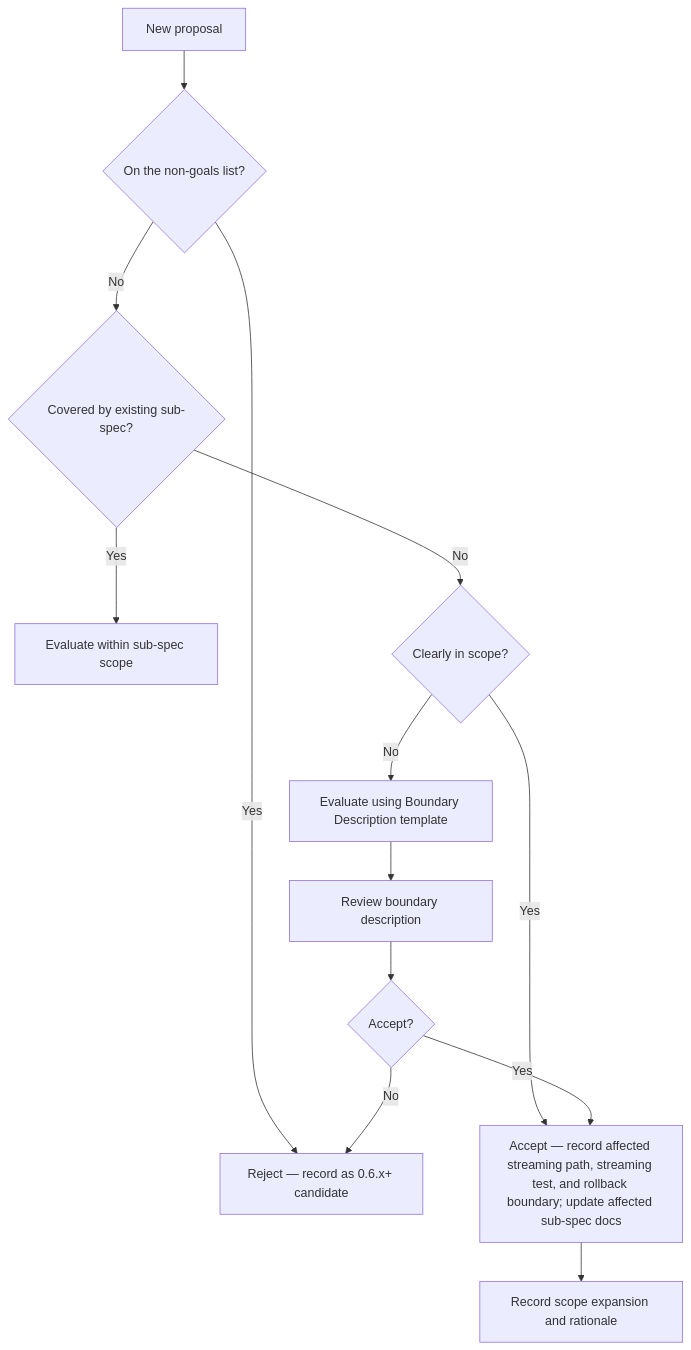
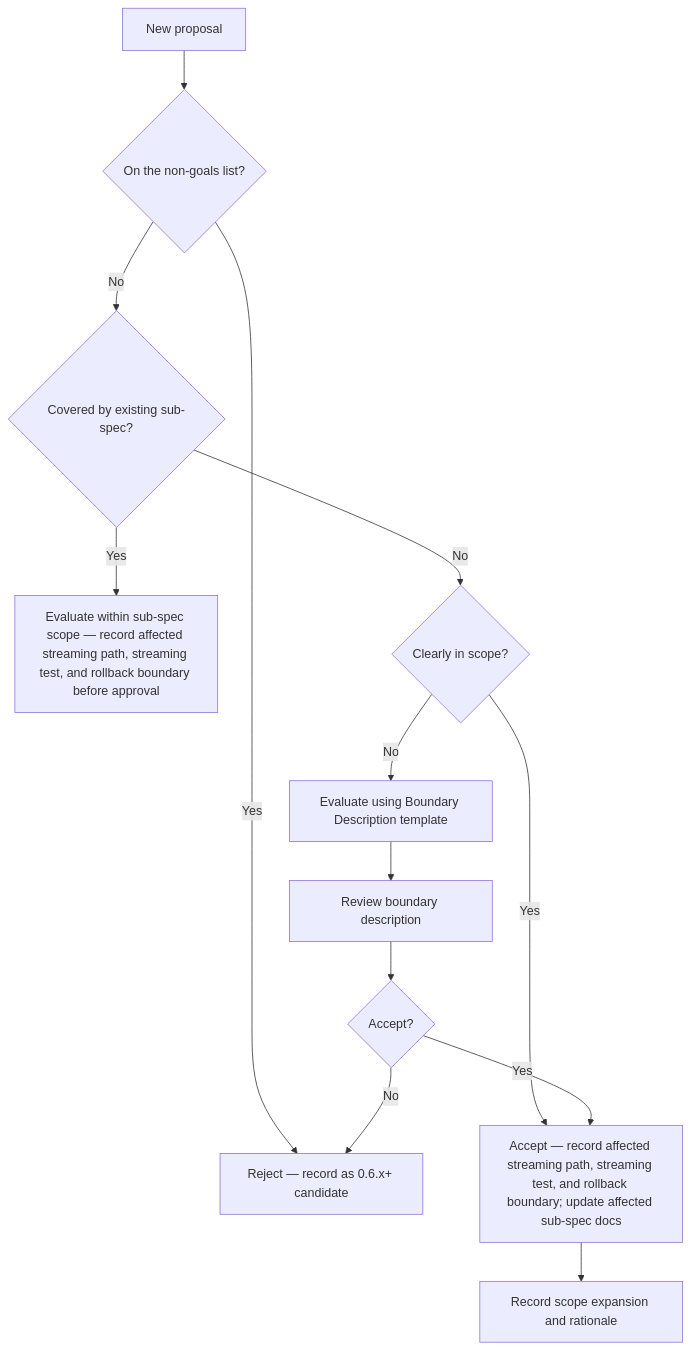
The diagram in docs/project/release-gates/scope-creep-evaluation-0-5-0.md (cnkang/nginx-markdown-for-agents), drawn with Mermaid before and after one commit. The commit also changed other lines of this file and 43 other files, not shown here.

````diff
--- a/docs/project/release-gates/scope-creep-evaluation-0-5-0.md
+++ b/docs/project/release-gates/scope-creep-evaluation-0-5-0.md
@@ -19,15 +19,15 @@
 ```mermaid
 flowchart TD
     A["New proposal"] --> B{"On the non-goals list?"}
     B -->|Yes| C["Reject — record as 0.6.x+ candidate"]
     B -->|No| D{"Covered by existing sub-spec?"}
-    D -->|Yes| E["Evaluate within sub-spec scope"]
+    D -->|Yes| E["Evaluate within sub-spec scope — record affected streaming path, streaming test, and rollback boundary before approval"]
     D -->|No| F{"Clearly in scope?"}
     F -->|Yes| G["Accept — record affected streaming path, streaming test, and rollback boundary; update affected sub-spec docs"]
     F -->|No| H["Evaluate using Boundary Description template"]
     H --> I["Review boundary description"]
     I --> J{"Accept?"}
     J -->|Yes| G
     J -->|No| C
     G --> K["Record scope expansion and rationale"]
 ```
````
